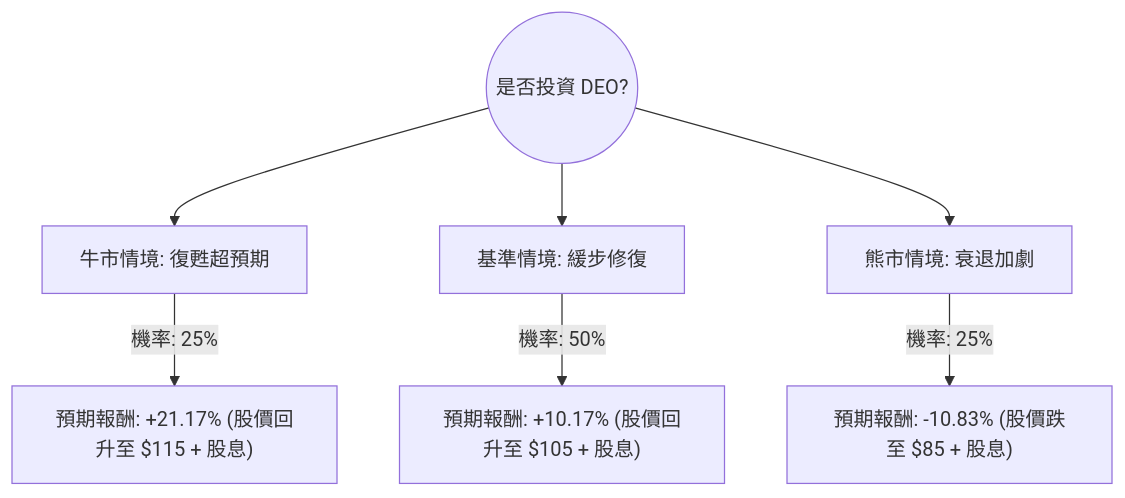
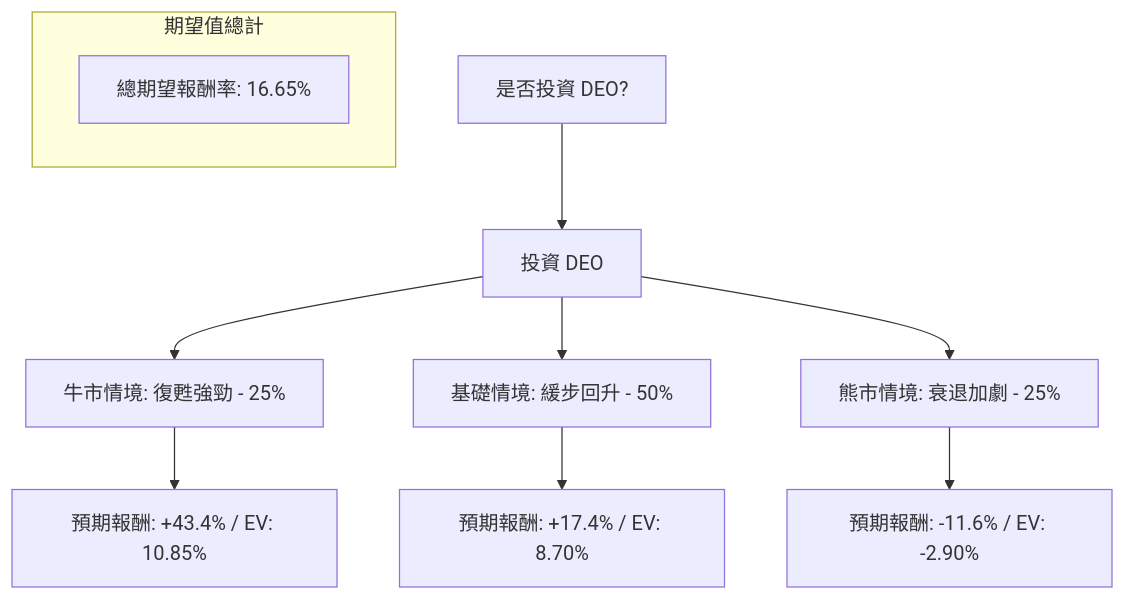
The diagram in plugin-react/ai-analysis/ev-analysis/DEO.md (zmcx16/zmcx16.github.io), drawn with Mermaid before and after one commit. The commit also changed other lines of this file and 75 other files, not shown here.

````diff
--- a/plugin-react/ai-analysis/ev-analysis/DEO.md
+++ b/plugin-react/ai-analysis/ev-analysis/DEO.md
@@ -26,10 +19,16 @@
 ```mermaid
 graph TD
-    Start((是否投資 DEO?)) --> Bull[牛市情境: 復甦超預期]
-    Start --> Base[基準情境: 緩步修復]
-    Start --> Bear[熊市情境: 衰退加劇]
+    Start[是否投資 DEO?] --> Invest[投資 DEO]
+    
+    Invest --> Bull[牛市情境: 復甦強勁 - 25%]
+    Invest --> Base[基礎情境: 緩步回升 - 50%]
+    Invest --> Bear[熊市情境: 衰退加劇 - 25%]
 
-    Bull -- "機率: 25%" --> BullResult["預期報酬: +21.17% (股價回升至 $115 + 股息)"]
-    Base -- "機率: 50%" --> BaseResult["預期報酬: +10.17% (股價回升至 $105 + 股息)"]
-    Bear -- "機率: 25%" --> BearResult["預期報酬: -10.83% (股價跌至 $85 + 股息)"]
+    Bull --> Bull_EV[預期報酬: +43.4% / EV: 10.85%]
+    Base --> Base_EV[預期報酬: +17.4% / EV: 8.70%]
+    Bear --> Bear_EV[預期報酬: -11.6% / EV: -2.90%]
+
+    subgraph 期望值總計
+    Total_EV[總期望報酬率: 16.65%]
+    end
 ```
````
